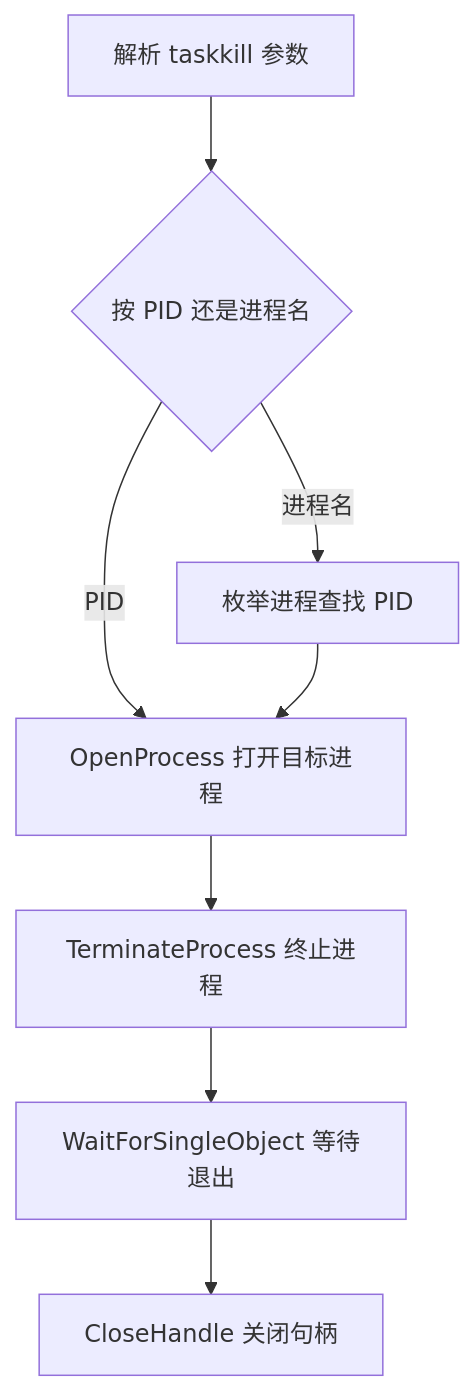
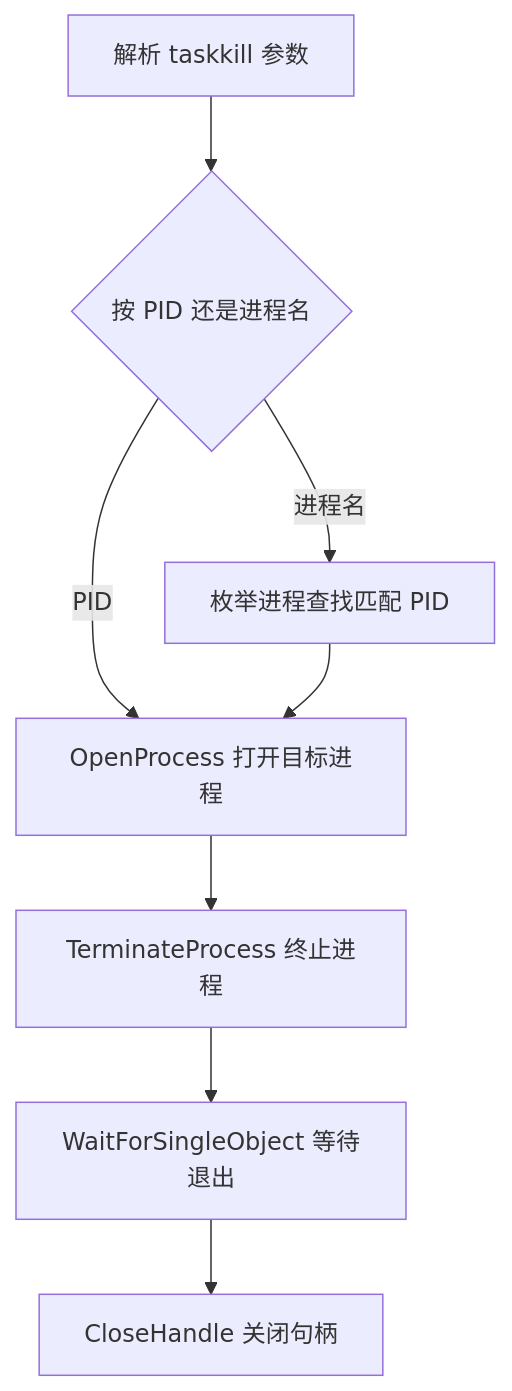
The second of 2 diagrams in 报告/PPT汇报文案.md (yxawander/cs_train), drawn with Mermaid before and after one commit. The commit also changed other lines of this file, not shown here.

````diff
--- a/报告/PPT汇报文案.md
+++ b/报告/PPT汇报文案.md
@@ -269,10 +221,10 @@
 ```mermaid
 flowchart TD
     A[解析 taskkill 参数] --> B{按 PID 还是进程名}
     B -->|PID| C[OpenProcess 打开目标进程]
-    B -->|进程名| D[枚举进程查找 PID]
+    B -->|进程名| D[枚举进程查找匹配 PID]
     D --> C
     C --> E[TerminateProcess 终止进程]
     E --> F[WaitForSingleObject 等待退出]
     F --> G[CloseHandle 关闭句柄]
 ```
````
